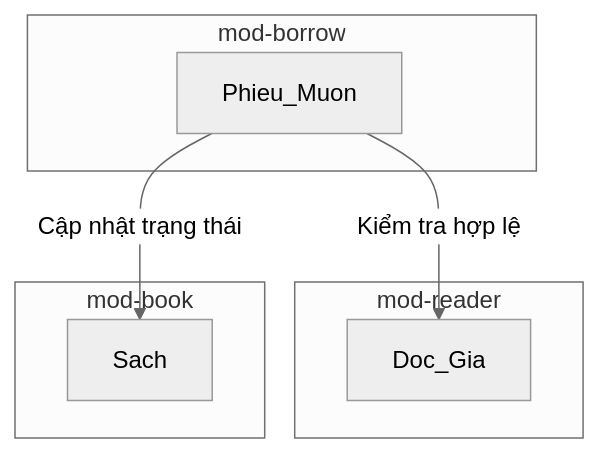
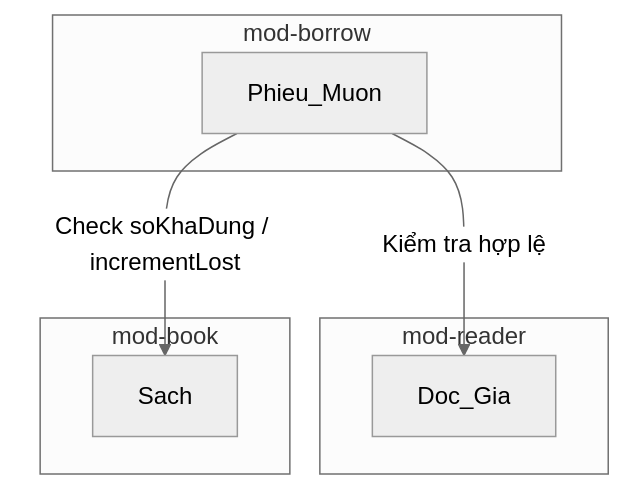
One commit to NPhamDoan/FULL_QLThuVien changed diagram 13 of 15 in .kiro/document/BaoCao_3UC_Mermaid.md. Above: the diagram before and after it, drawn with Mermaid (neutral theme). The commit also changed other lines of this file and 37 other files, not shown here.

````diff
--- a/.kiro/document/BaoCao_3UC_Mermaid.md
+++ b/.kiro/document/BaoCao_3UC_Mermaid.md
@@ -367,14 +378,14 @@
 ```mermaid
 flowchart TB
     subgraph mod-borrow
         PM[Phieu_Muon]
     end
     subgraph mod-reader
         DG[Doc_Gia]
     end
     subgraph mod-book
         S[Sach]
     end
     PM -->|Kiểm tra hợp lệ| DG
-    PM -->|Cập nhật trạng thái| S
+    PM -->|Check soKhaDung / incrementLost| S
 ```
````
